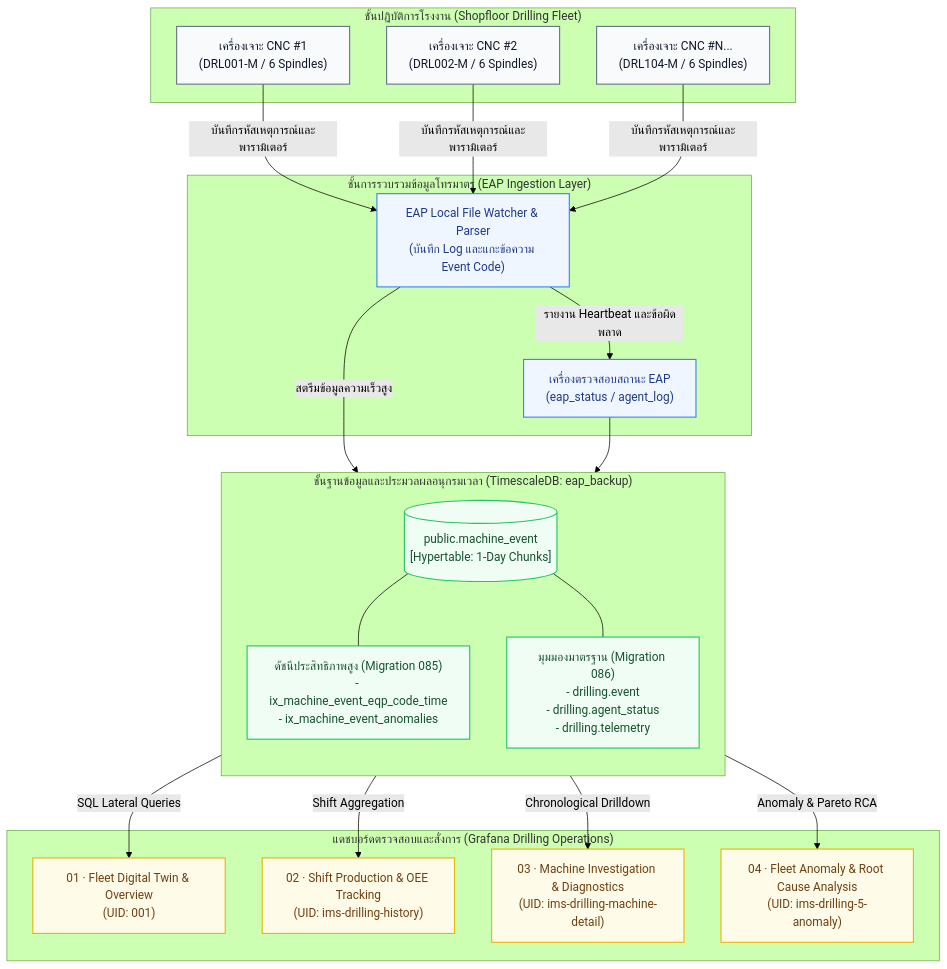
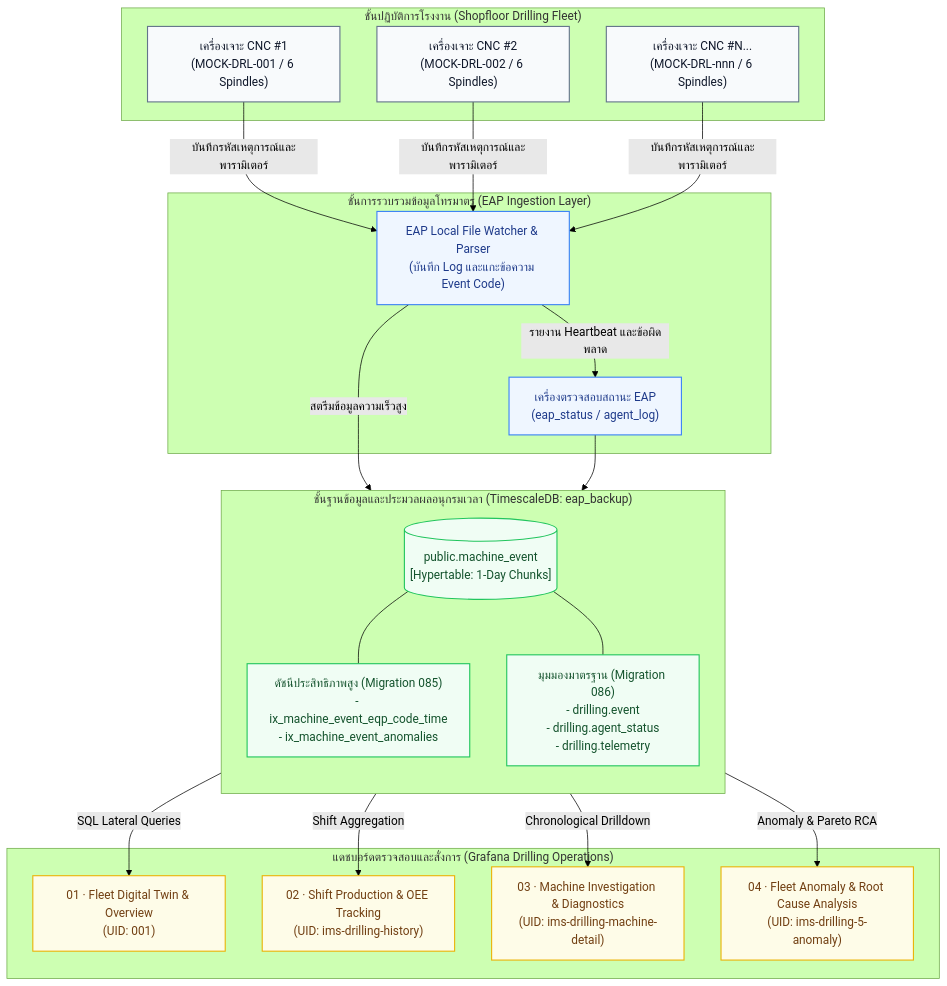
One commit to PATTANAKORN025/IMS changed the first of 5 diagrams in th/docs/user/DRILLING_USER_MANUAL.md. Above: the diagram before and after it, drawn with Mermaid (forest theme). The commit also changed other lines of this file and 74 other files, not shown here.

````diff
--- a/th/docs/user/DRILLING_USER_MANUAL.md
+++ b/th/docs/user/DRILLING_USER_MANUAL.md
@@ -70,48 +70,48 @@
 ```mermaid
 flowchart TD
     subgraph SHOPFLOOR[" ชั้นปฏิบัติการโรงงาน (Shopfloor Drilling Fleet) "]
-        M1["เครื่องเจาะ CNC #1<br/>(DRL001-M / 6 Spindles)"]
-        M2["เครื่องเจาะ CNC #2<br/>(DRL002-M / 6 Spindles)"]
-        MN["เครื่องเจาะ CNC #N...<br/>(DRL104-M / 6 Spindles)"]
+        M1["เครื่องเจาะ CNC #1<br/>(MOCK-DRL-001 / 6 Spindles)"]
+        M2["เครื่องเจาะ CNC #2<br/>(MOCK-DRL-002 / 6 Spindles)"]
+        MN["เครื่องเจาะ CNC #N...<br/>(MOCK-DRL-nnn / 6 Spindles)"]
     end
 
     subgraph INGESTION[" ชั้นการรวบรวมข้อมูลโทรมาตร (EAP Ingestion Layer) "]
         AGENT["EAP Local File Watcher & Parser<br/>(บันทึก Log และแกะข้อความ Event Code)"]
         STATUS_FEED["เครื่องตรวจสอบสถานะ EAP<br/>(eap_status / agent_log)"]
     end
 
     subgraph STORAGE[" ชั้นฐานข้อมูลและประมวลผลอนุกรมเวลา (TimescaleDB: eap_backup) "]
         direction TB
         RAW_EVENT[("public.machine_event<br/>[Hypertable: 1-Day Chunks]")]
         MIG085["ดัชนีประสิทธิภาพสูง (Migration 085)<br/>- ix_machine_event_eqp_code_time<br/>- ix_machine_event_anomalies"]
         VIEW_SCHEMA["มุมมองมาตรฐาน (Migration 086)<br/>- drilling.event<br/>- drilling.agent_status<br/>- drilling.telemetry"]
         RAW_EVENT --- MIG085
         RAW_EVENT --- VIEW_SCHEMA
     end
 
     subgraph VISUALIZATION[" แดชบอร์ดตรวจสอบและสั่งการ (Grafana Drilling Operations) "]
         D1["01 · Fleet Digital Twin & Overview<br/>(UID: 001)"]
         D2["02 · Shift Production & OEE Tracking<br/>(UID: ims-drilling-history)"]
         D3["03 · Machine Investigation & Diagnostics<br/>(UID: ims-drilling-machine-detail)"]
         D4["04 · Fleet Anomaly & Root Cause Analysis<br/>(UID: ims-drilling-5-anomaly)"]
     end
 
     M1 & M2 & MN -->|บันทึกรหัสเหตุการณ์และพารามิเตอร์| AGENT
     AGENT -->|สตรีมข้อมูลความเร็วสูง| RAW_EVENT
     AGENT -->|รายงาน Heartbeat และข้อผิดพลาด| STATUS_FEED
     STATUS_FEED --> STORAGE
     VIEW_SCHEMA -->|SQL Lateral Queries| D1
     VIEW_SCHEMA -->|Shift Aggregation| D2
     VIEW_SCHEMA -->|Chronological Drilldown| D3
     VIEW_SCHEMA -->|Anomaly & Pareto RCA| D4
 
     classDef shopStyle fill:#f8fafc,stroke:#64748b,stroke-width:1.5px,color:#0f172a;
     classDef ingestStyle fill:#eff6ff,stroke:#3b82f6,stroke-width:1.5px,color:#1e3a8a;
     classDef storageStyle fill:#f0fdf4,stroke:#22c55e,stroke-width:1.5px,color:#14532d;
     classDef visualStyle fill:#fefce8,stroke:#eab308,stroke-width:1.5px,color:#713f12;
 
     class M1,M2,MN shopStyle;
     class AGENT,STATUS_FEED ingestStyle;
     class RAW_EVENT,MIG085,VIEW_SCHEMA storageStyle;
     class D1,D2,D3,D4 visualStyle;
 ```
````
